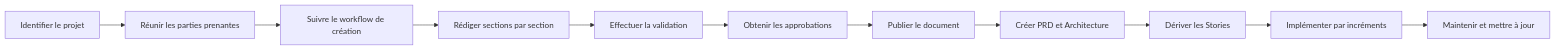
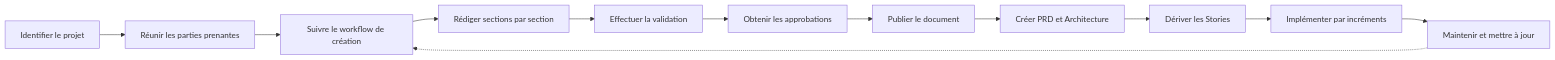
The third of 3 diagrams in .cursor/documentation/5000-workflow-foundation-document-pfd-documentation.md (giak/cursor-rules-agile-workflow), drawn with Mermaid before and after one commit. The commit also changed other lines of this file and 5 other files, not shown here.

````diff
--- a/.cursor/documentation/5000-workflow-foundation-document-pfd-documentation.md
+++ b/.cursor/documentation/5000-workflow-foundation-document-pfd-documentation.md
@@ -398,13 +967,14 @@
 ```mermaid
 flowchart LR
     A[Identifier le projet] --> B[Réunir les parties prenantes]
     B --> C[Suivre le workflow de création]
     C --> D[Rédiger sections par section]
     D --> E[Effectuer la validation]
     E --> F[Obtenir les approbations]
     F --> G[Publier le document]
     G --> H[Créer PRD et Architecture]
     H --> I[Dériver les Stories]
     I --> J[Implémenter par incréments]
     J --> K[Maintenir et mettre à jour]
+    K -.-> C
 ```
````
